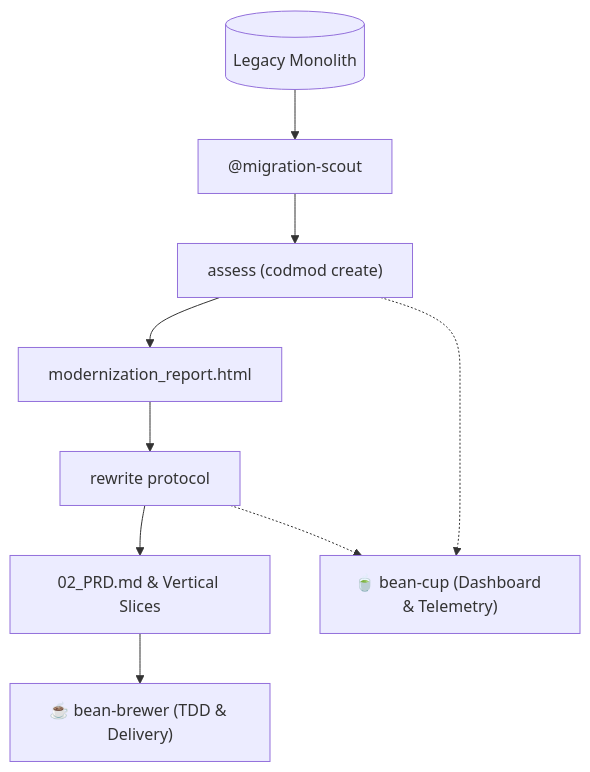
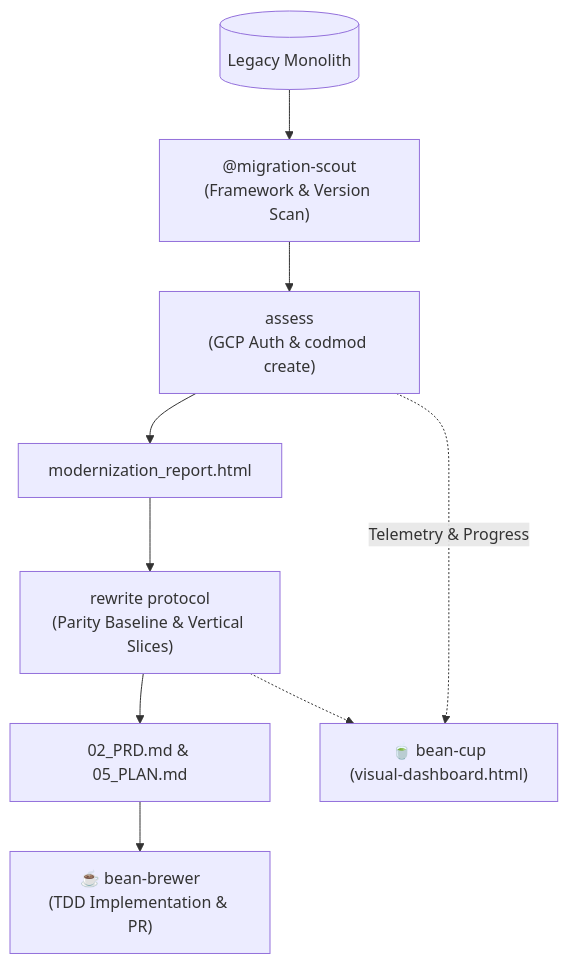
One commit to sapientcoffee/bean-grinder changed the diagram in README.md. Above: the diagram before and after it, drawn with Mermaid. The commit also changed other lines of this file, not shown here.

````diff
--- a/README.md
+++ b/README.md
@@ -51,12 +48,12 @@
 ```mermaid
 graph TD
-    Legacy[(Legacy Monolith)] --> Scout["@migration-scout"]
-    Scout --> Assess["assess (codmod create)"]
+    Legacy[(Legacy Monolith)] --> Scout["@migration-scout<br/>(Framework & Version Scan)"]
+    Scout --> Assess["assess<br/>(GCP Auth & codmod create)"]
     Assess --> Report["modernization_report.html"]
-    Report --> Rewrite["rewrite protocol"]
-    Rewrite --> PRD["02_PRD.md & Vertical Slices"]
-    PRD --> Brewer["☕ bean-brewer (TDD & Delivery)"]
+    Report --> Rewrite["rewrite protocol<br/>(Parity Baseline & Vertical Slices)"]
+    Rewrite --> PRD["02_PRD.md & 05_PLAN.md"]
+    PRD --> Brewer["☕ bean-brewer<br/>(TDD Implementation & PR)"]
     
-    Assess -.-> Cup["🍵 bean-cup (Dashboard & Telemetry)"]
+    Assess -.->|Telemetry & Progress| Cup["🍵 bean-cup<br/>(visual-dashboard.html)"]
     Rewrite -.-> Cup
 ```
````
